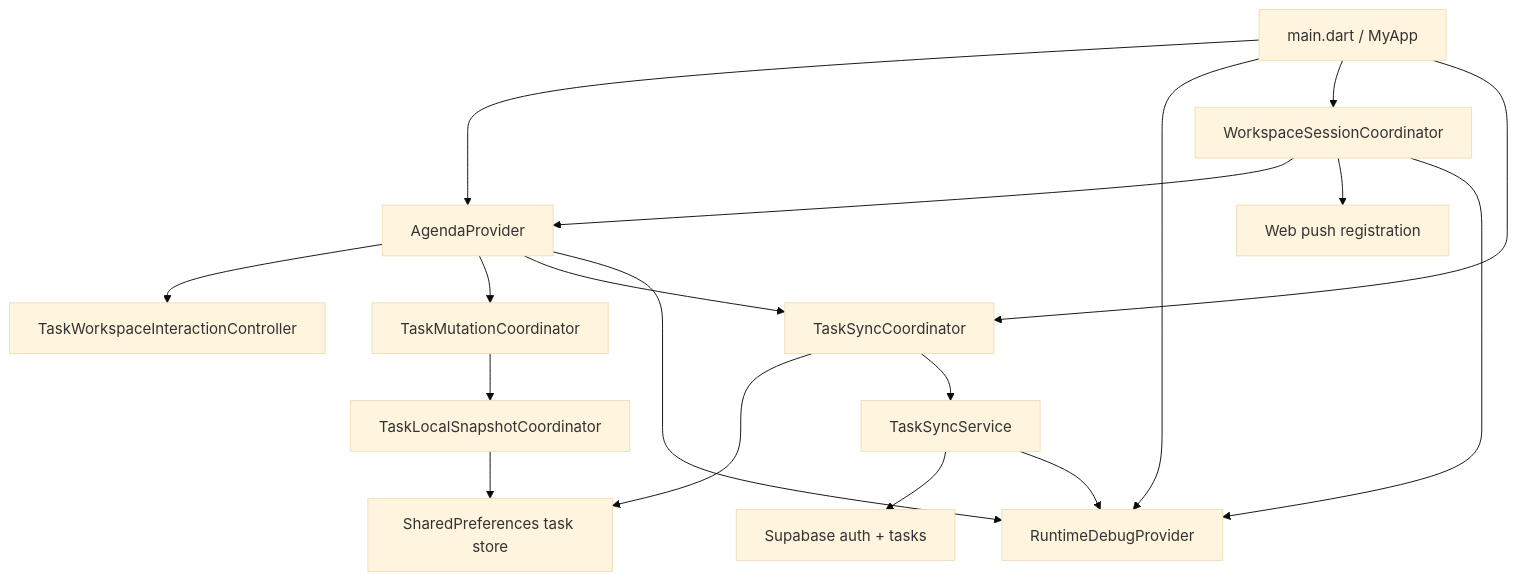
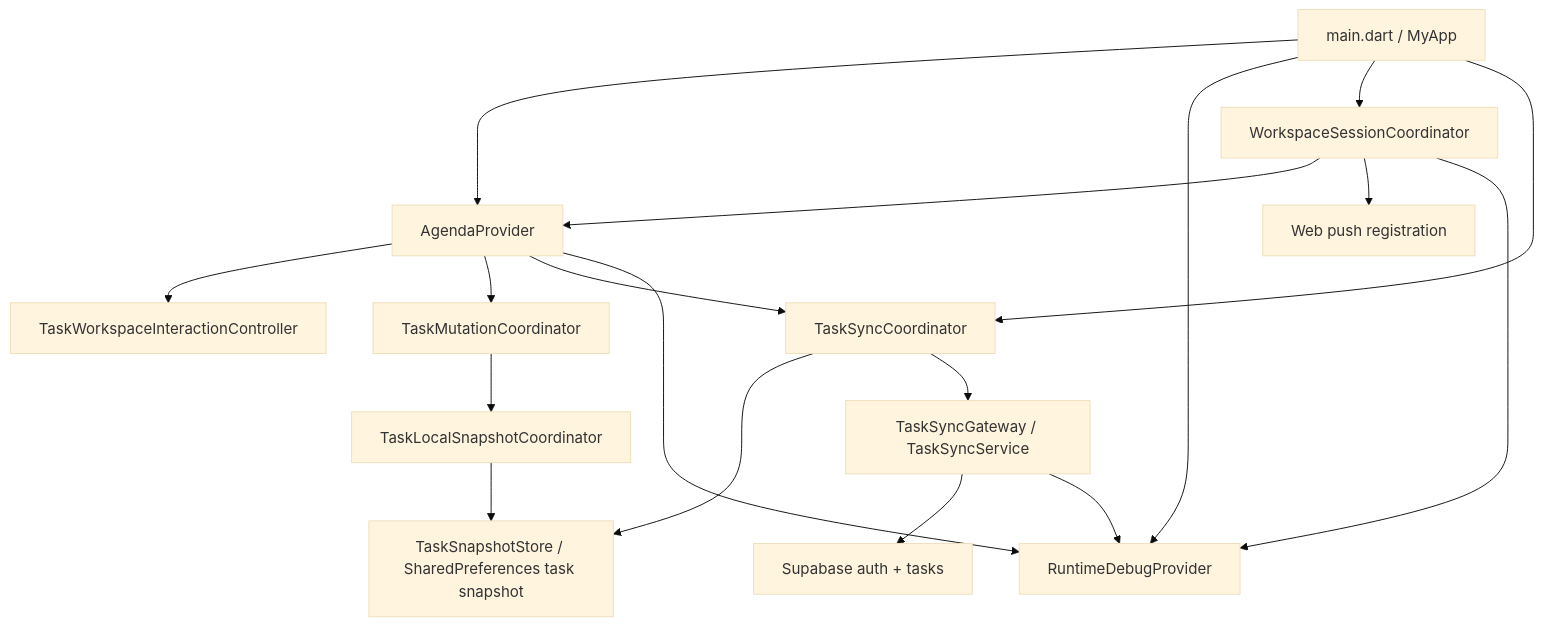
The second of 6 diagrams in docs/ARCHITECTURE.md (eliasfeijo/saas-reliability-lab), drawn with Mermaid (base theme) before and after one commit. The commit also changed other lines of this file and 14 other files, not shown here.

Commit message:
refactor(flutter-app): add sync and snapshot boundaries

````diff
--- a/docs/ARCHITECTURE.md
+++ b/docs/ARCHITECTURE.md
@@ -108,33 +108,33 @@
 ```mermaid
 flowchart TD
     Bootstrap["main.dart / MyApp"]
     Agenda["AgendaProvider"]
     Runtime["RuntimeDebugProvider"]
     Session["WorkspaceSessionCoordinator"]
     SyncCoord["TaskSyncCoordinator"]
     Interaction["TaskWorkspaceInteractionController"]
     Mutation["TaskMutationCoordinator"]
     Snapshot["TaskLocalSnapshotCoordinator"]
-    Sync["TaskSyncService"]
-    Local["SharedPreferences task store"]
+    Sync["TaskSyncGateway / TaskSyncService"]
+    Local["TaskSnapshotStore / SharedPreferences task snapshot"]
     Supabase["Supabase auth + tasks"]
     PushReg["Web push registration"]
 
     Bootstrap --> Agenda
     Bootstrap --> Runtime
     Bootstrap --> Session
     Bootstrap --> SyncCoord
     Agenda --> Interaction
     Agenda --> Mutation
     Mutation --> Snapshot
     Agenda --> SyncCoord
     Session --> Agenda
     Session --> PushReg
     Snapshot --> Local
     SyncCoord --> Local
     SyncCoord --> Sync
     Sync --> Supabase
     Sync --> Runtime
     Session --> Runtime
     Agenda --> Runtime
 ```
````
